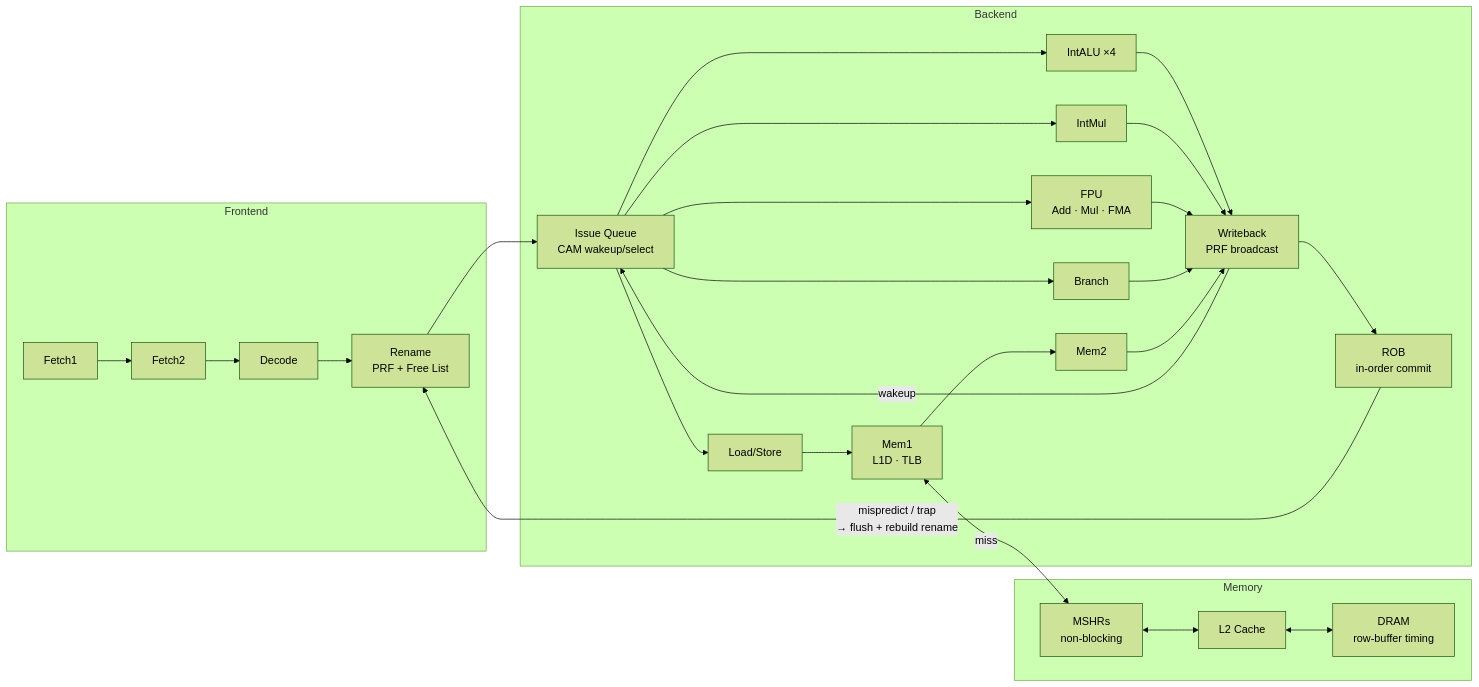
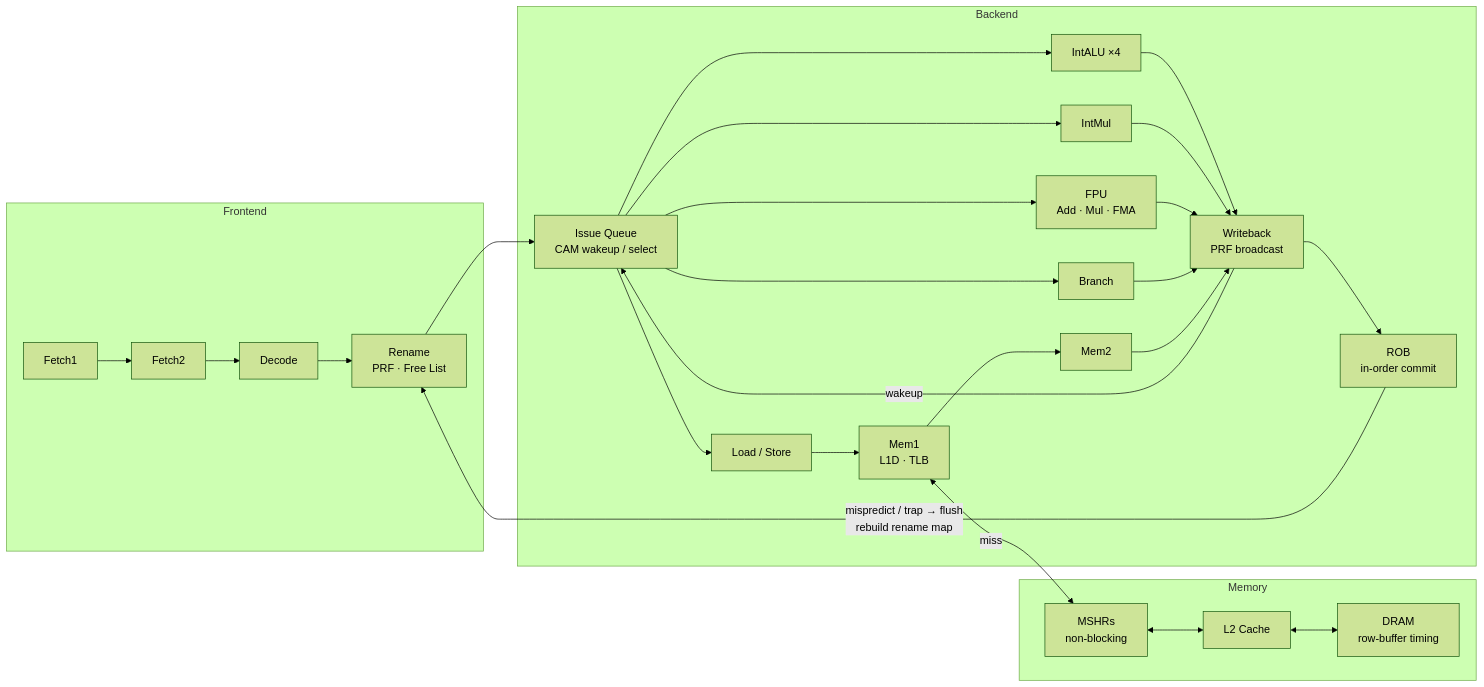
One commit to willmccallion/rvsim changed the diagram in README.md. Above: the diagram before and after it, drawn with Mermaid (forest theme). The commit also changed other lines of this file, not shown here.

````diff
--- a/README.md
+++ b/README.md
@@ -23,28 +35,28 @@
 ```mermaid
 flowchart LR
     subgraph Frontend
-        F1[Fetch1] --> F2[Fetch2] --> D[Decode] --> RN[Rename\nPRF + Free List]
+        F1[Fetch1] --> F2[Fetch2] --> D[Decode] --> RN["Rename<br/>PRF · Free List"]
     end
 
     subgraph Backend
-        RN --> IQ[Issue Queue\nCAM wakeup/select]
+        RN --> IQ["Issue Queue<br/>CAM wakeup / select"]
 
-        IQ --> ALU[IntALU ×4]
-        IQ --> MUL[IntMul]
-        IQ --> FPU[FPU\nAdd · Mul · FMA]
-        IQ --> BRU[Branch]
-        IQ --> LSU[Load/Store]
+        IQ --> ALU["IntALU ×4"]
+        IQ --> MUL["IntMul"]
+        IQ --> FPU["FPU<br/>Add · Mul · FMA"]
+        IQ --> BRU["Branch"]
+        IQ --> LSU["Load / Store"]
 
-        ALU & MUL & FPU & BRU --> WB[Writeback\nPRF broadcast]
-        LSU --> M1[Mem1\nL1D · TLB] --> M2[Mem2] --> WB
+        ALU & MUL & FPU & BRU --> WB["Writeback<br/>PRF broadcast"]
+        LSU --> M1["Mem1<br/>L1D · TLB"] --> M2[Mem2] --> WB
 
         WB -->|wakeup| IQ
-        WB --> ROB[ROB\nin-order commit]
-        ROB -->|"mispredict / trap\n→ flush + rebuild rename"| RN
+        WB --> ROB["ROB<br/>in-order commit"]
+        ROB -->|"mispredict / trap → flush<br/>rebuild rename map"| RN
     end
 
     subgraph Memory
-        M1 <-->|miss| MSHR[MSHRs\nnon-blocking]
-        MSHR <--> L2[L2 Cache] <--> DRAM[DRAM\nrow-buffer timing]
+        M1 <-->|miss| MSHR["MSHRs<br/>non-blocking"]
+        MSHR <--> L2[L2 Cache] <--> DRAM["DRAM<br/>row-buffer timing"]
     end
 ```
````
